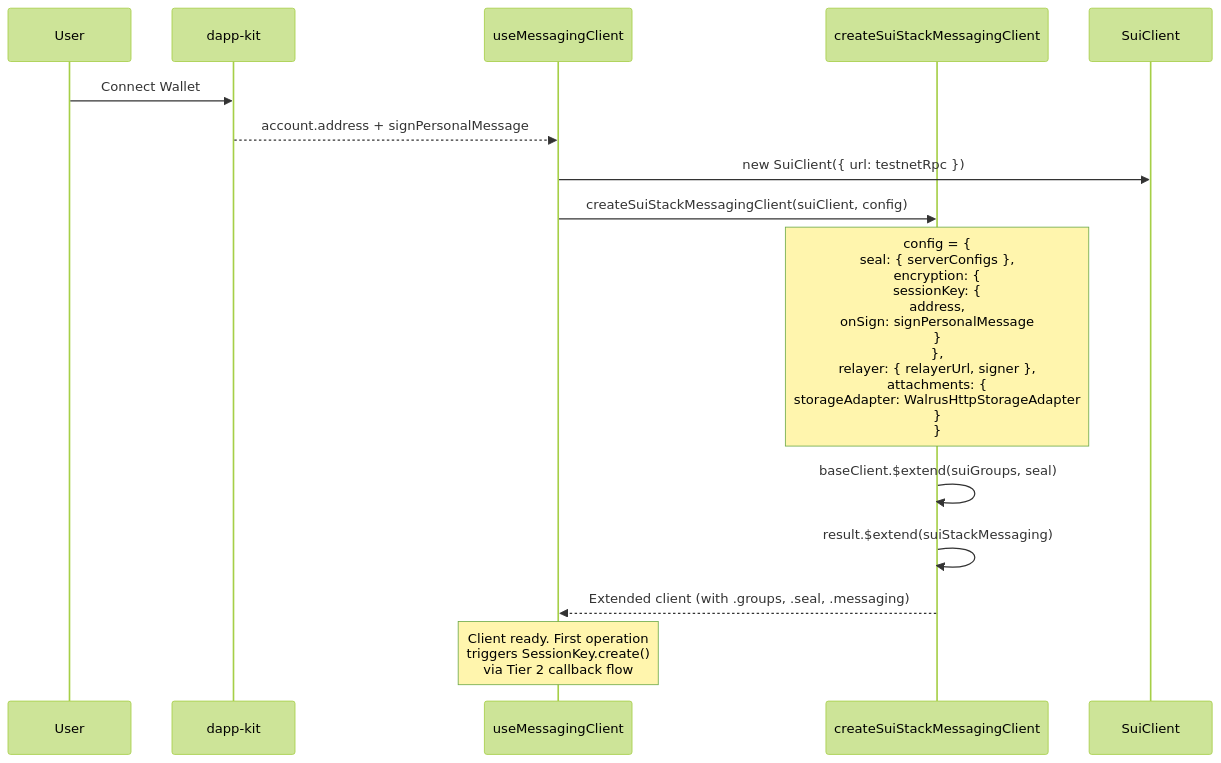
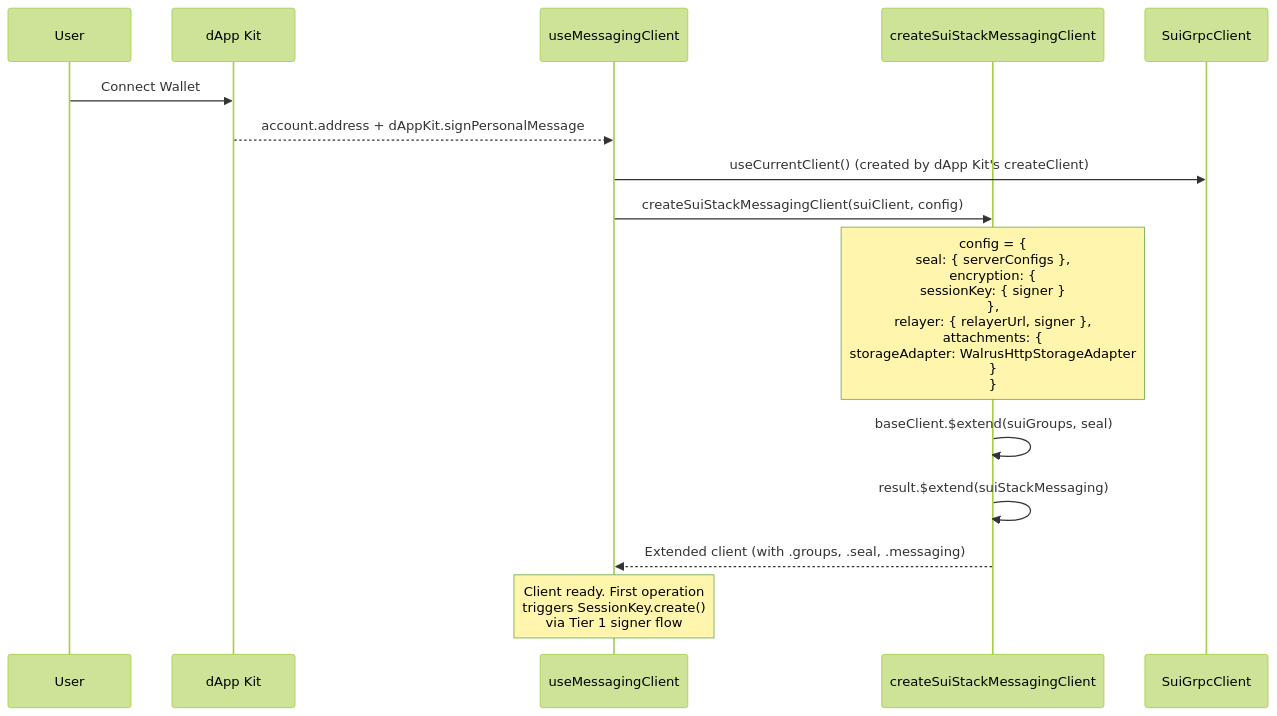
One commit to MystenLabs/sui-stack-messaging changed the second of 18 diagrams in chat-app/docs/SYSTEM_DESIGN.md. Above: the diagram before and after it, drawn with Mermaid (forest theme). The commit also changed other lines of this file and 28 other files, not shown here.

First line of the commit message:
feat(chat-app): migrate to @mysten/dapp-kit-react (#74)

````diff
--- a/chat-app/docs/SYSTEM_DESIGN.md
+++ b/chat-app/docs/SYSTEM_DESIGN.md
@@ -115,18 +115,18 @@
 ```mermaid
 sequenceDiagram
     participant User
-    participant DK as dapp-kit
+    participant DK as dApp Kit
     participant Hook as useMessagingClient
     participant Factory as createSuiStackMessagingClient
-    participant SUI as SuiClient
+    participant SUI as SuiGrpcClient
 
     User->>DK: Connect Wallet
-    DK-->>Hook: account.address + signPersonalMessage
-    Hook->>SUI: new SuiClient({ url: testnetRpc })
+    DK-->>Hook: account.address + dAppKit.signPersonalMessage
+    Hook->>SUI: useCurrentClient() (created by dApp Kit's createClient)
     Hook->>Factory: createSuiStackMessagingClient(suiClient, config)
-    Note over Factory: config = {<br/>  seal: { serverConfigs },<br/>  encryption: {<br/>    sessionKey: {<br/>      address,<br/>      onSign: signPersonalMessage<br/>    }<br/>  },<br/>  relayer: { relayerUrl, signer },<br/>  attachments: {<br/>    storageAdapter: WalrusHttpStorageAdapter<br/>  }<br/>}
+    Note over Factory: config = {<br/>  seal: { serverConfigs },<br/>  encryption: {<br/>    sessionKey: { signer }<br/>  },<br/>  relayer: { relayerUrl, signer },<br/>  attachments: {<br/>    storageAdapter: WalrusHttpStorageAdapter<br/>  }<br/>}
     Factory->>Factory: baseClient.$extend(suiGroups, seal)
     Factory->>Factory: result.$extend(suiStackMessaging)
     Factory-->>Hook: Extended client (with .groups, .seal, .messaging)
-    Note over Hook: Client ready. First operation<br/>triggers SessionKey.create()<br/>via Tier 2 callback flow
+    Note over Hook: Client ready. First operation<br/>triggers SessionKey.create()<br/>via Tier 1 signer flow
 ```
````
